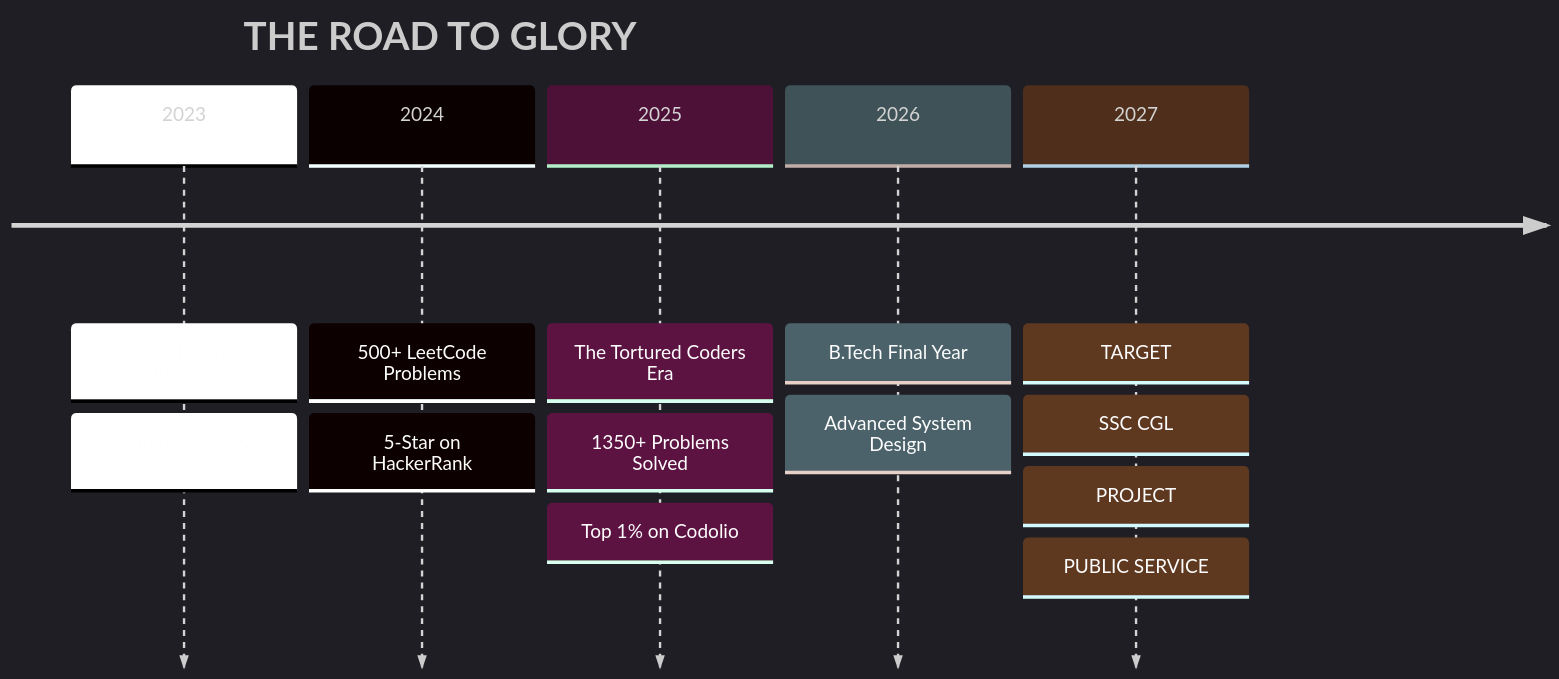
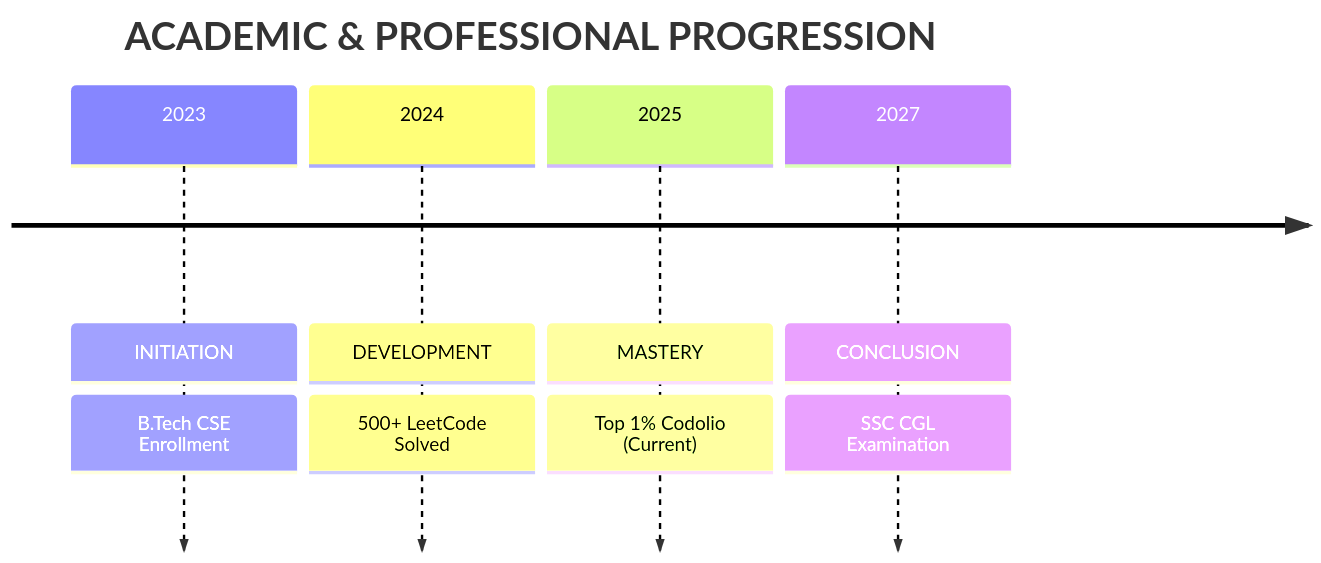
Before and after one commit to SonamNarula/C-WHOLE: the diagram in GitHub_Profile/Profile_README.md, drawn with Mermaid. The commit also changed other lines of this file, not shown here.

````diff
--- a/GitHub_Profile/Profile_README.md
+++ b/GitHub_Profile/Profile_README.md
@@ -127,16 +111,12 @@
 ```mermaid
-%%{init: {'theme': 'dark', 'themeVariables': { 'primaryColor': '#ffffff', 'edgeLabelBackground':'#1a1a1a', 'tertiaryColor': '#1a1a1a'}}}%%
 timeline
-    title THE ROAD TO GLORY
-    2023 : Started Coding Journey
-         : Explored C++ & Web Dev
-    2024 : 500+ LeetCode Problems
-         : 5-Star on HackerRank
-    2025 : The Tortured Coders Era
-         : 1350+ Problems Solved
-         : Top 1% on Codolio
-    2026 : B.Tech Final Year
-         : Advanced System Design
-    2027 : TARGET: SSC CGL
-         : PROJECT: PUBLIC SERVICE
+    title ACADEMIC & PROFESSIONAL PROGRESSION
+    2023 : INITIATION
+         : B.Tech CSE Enrollment
+    2024 : DEVELOPMENT
+         : 500+ LeetCode Solved
+    2025 : MASTERY
+         : Top 1% Codolio (Current)
+    2027 : CONCLUSION
+         : SSC CGL Examination
 ```
````
